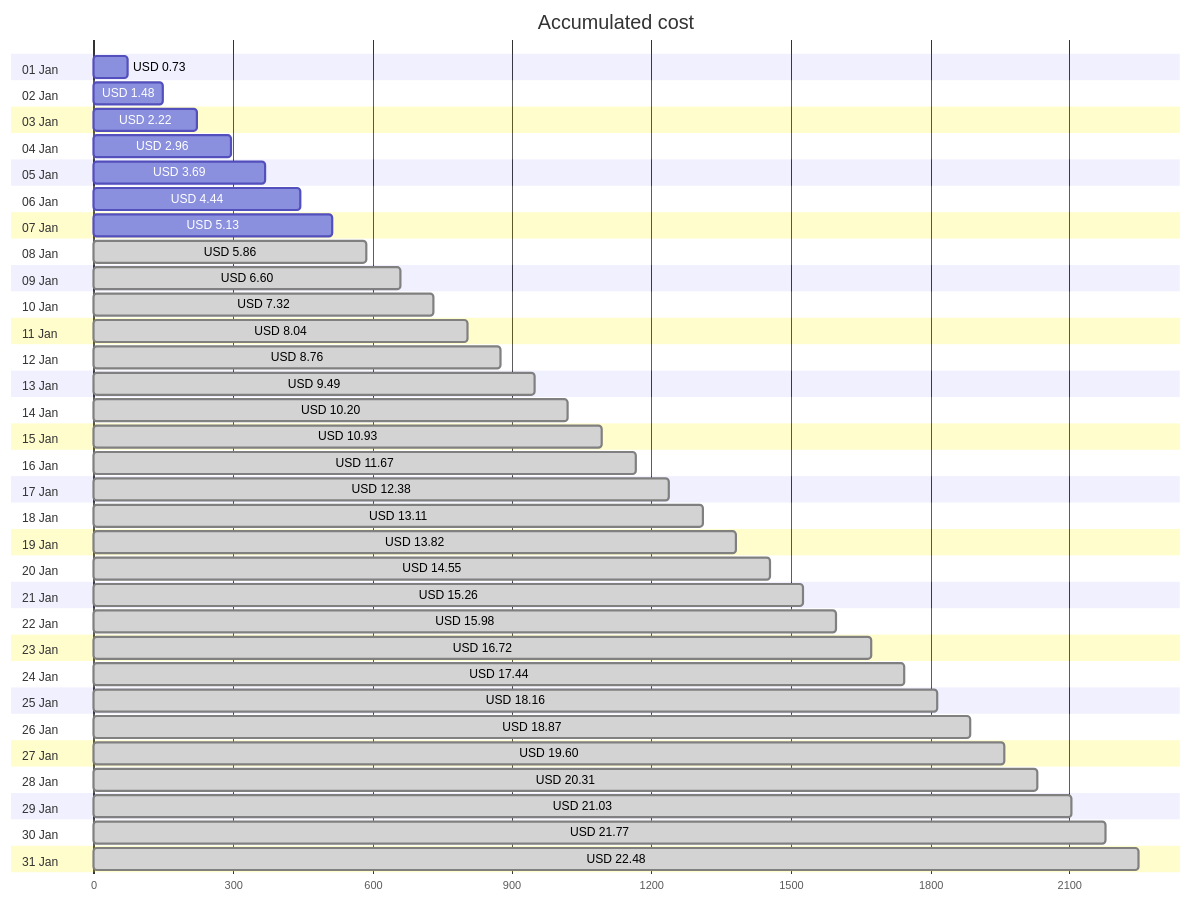
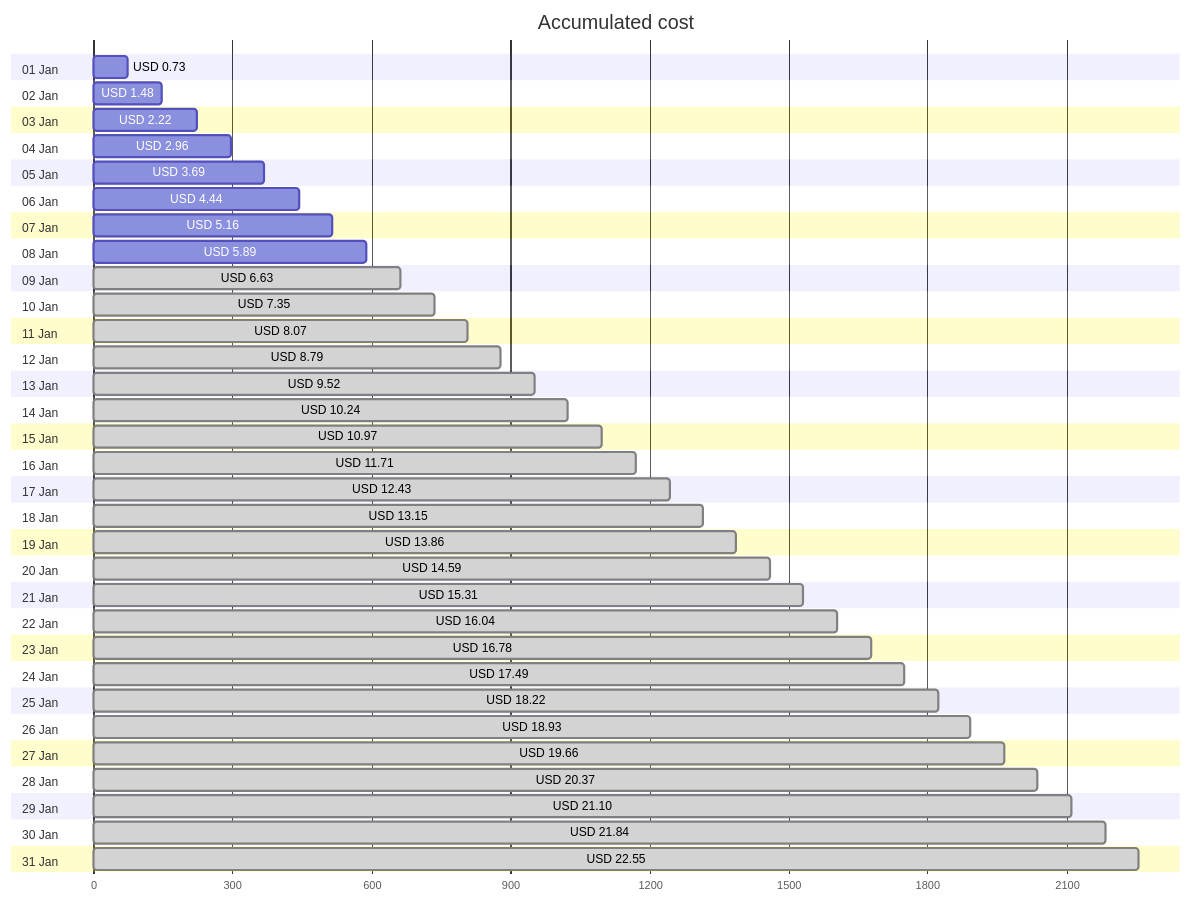
Before and after one commit to jpfulton/azure-personal-reports: the first of 4 diagrams in cost-reports/personal-network/backup-server-data-disk.md, drawn with Mermaid. The commit also changed other lines of this file and 8 other files, not shown here.

````diff
--- a/cost-reports/personal-network/backup-server-data-disk.md
+++ b/cost-reports/personal-network/backup-server-data-disk.md
@@ -20,68 +20,68 @@
 ```mermaid
 gantt
    title Accumulated cost
    dateFormat  X
    axisFormat %s
    section 01 Jan
    USD 0.73 :0, 73
    section 02 Jan
    USD 1.48 :0, 148
    section 03 Jan
    USD 2.22 :0, 222
    section 04 Jan
    USD 2.96 :0, 296
    section 05 Jan
    USD 3.69 :0, 369
    section 06 Jan
    USD 4.44 :0, 444
    section 07 Jan
-   USD 5.13 :0, 513
+   USD 5.16 :0, 516
    section 08 Jan
-   USD 5.86 : done, 0, 586
+   USD 5.89 :0, 589
    section 09 Jan
-   USD 6.60 : done, 0, 660
+   USD 6.63 : done, 0, 663
    section 10 Jan
-   USD 7.32 : done, 0, 732
+   USD 7.35 : done, 0, 735
    section 11 Jan
-   USD 8.04 : done, 0, 804
+   USD 8.07 : done, 0, 807
    section 12 Jan
-   USD 8.76 : done, 0, 876
+   USD 8.79 : done, 0, 879
    section 13 Jan
-   USD 9.49 : done, 0, 949
+   USD 9.52 : done, 0, 952
    section 14 Jan
-   USD 10.20 : done, 0, 1020
+   USD 10.24 : done, 0, 1024
    section 15 Jan
-   USD 10.93 : done, 0, 1093
+   USD 10.97 : done, 0, 1097
    section 16 Jan
-   USD 11.67 : done, 0, 1167
+   USD 11.71 : done, 0, 1171
    section 17 Jan
-   USD 12.38 : done, 0, 1238
+   USD 12.43 : done, 0, 1243
    section 18 Jan
-   USD 13.11 : done, 0, 1311
+   USD 13.15 : done, 0, 1315
    section 19 Jan
-   USD 13.82 : done, 0, 1382
+   USD 13.86 : done, 0, 1386
    section 20 Jan
-   USD 14.55 : done, 0, 1455
+   USD 14.59 : done, 0, 1459
    section 21 Jan
-   USD 15.26 : done, 0, 1526
+   USD 15.31 : done, 0, 1531
    section 22 Jan
-   USD 15.98 : done, 0, 1598
+   USD 16.04 : done, 0, 1604
    section 23 Jan
-   USD 16.72 : done, 0, 1672
+   USD 16.78 : done, 0, 1678
    section 24 Jan
-   USD 17.44 : done, 0, 1744
+   USD 17.49 : done, 0, 1749
    section 25 Jan
-   USD 18.16 : done, 0, 1816
+   USD 18.22 : done, 0, 1822
    section 26 Jan
-   USD 18.87 : done, 0, 1887
+   USD 18.93 : done, 0, 1893
    section 27 Jan
-   USD 19.60 : done, 0, 1960
+   USD 19.66 : done, 0, 1966
    section 28 Jan
-   USD 20.31 : done, 0, 2031
+   USD 20.37 : done, 0, 2037
    section 29 Jan
-   USD 21.03 : done, 0, 2103
+   USD 21.10 : done, 0, 2110
    section 30 Jan
-   USD 21.77 : done, 0, 2177
+   USD 21.84 : done, 0, 2184
    section 31 Jan
-   USD 22.48 : done, 0, 2248
+   USD 22.55 : done, 0, 2255
 ```
````
